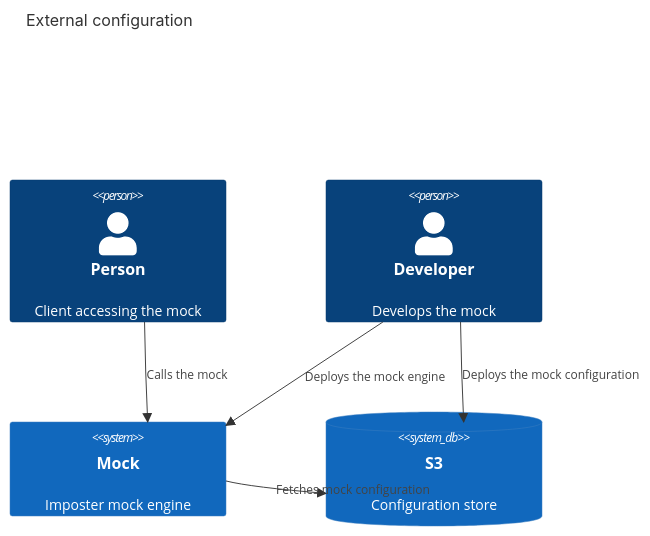
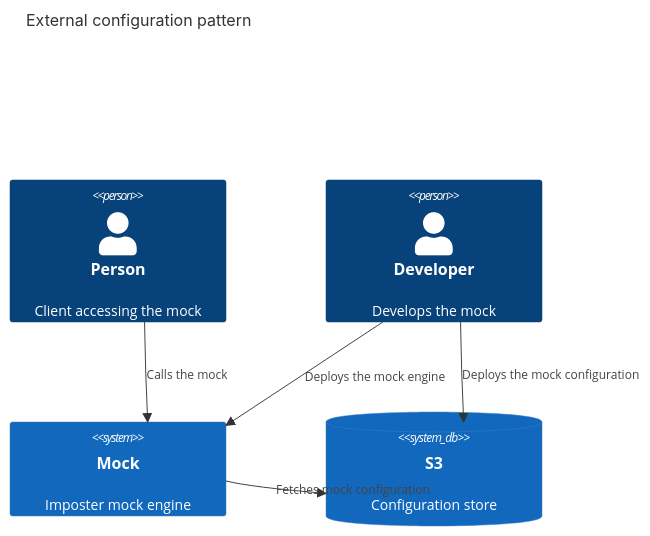
Before and after one commit to outofcoffee/imposter: the first of 2 diagrams in docs/deployment_patterns.md, drawn with Mermaid. The commit also changed other lines of this file and 3 other files, not shown here.

````diff
--- a/docs/deployment_patterns.md
+++ b/docs/deployment_patterns.md
@@ -11,17 +11,17 @@
 ```mermaid
 C4Context
 
-title External configuration
+title External configuration pattern
 
 Person(client, "Person", "Client accessing the mock")
 Person(developer, "Developer", "Develops the mock")
 System(mock, "Mock", "Imposter mock engine")
 SystemDb(config_store, "S3", "Configuration store")
 
 Rel(developer, mock, "Deploys the mock engine")
 Rel(developer, config_store, "Deploys the mock configuration")
 Rel(client, mock, "Calls the mock")
 Rel(mock, config_store, "Fetches mock configuration")
 
 UpdateLayoutConfig($c4ShapeInRow="2", $c4BoundaryInRow="1")
 ```
````
